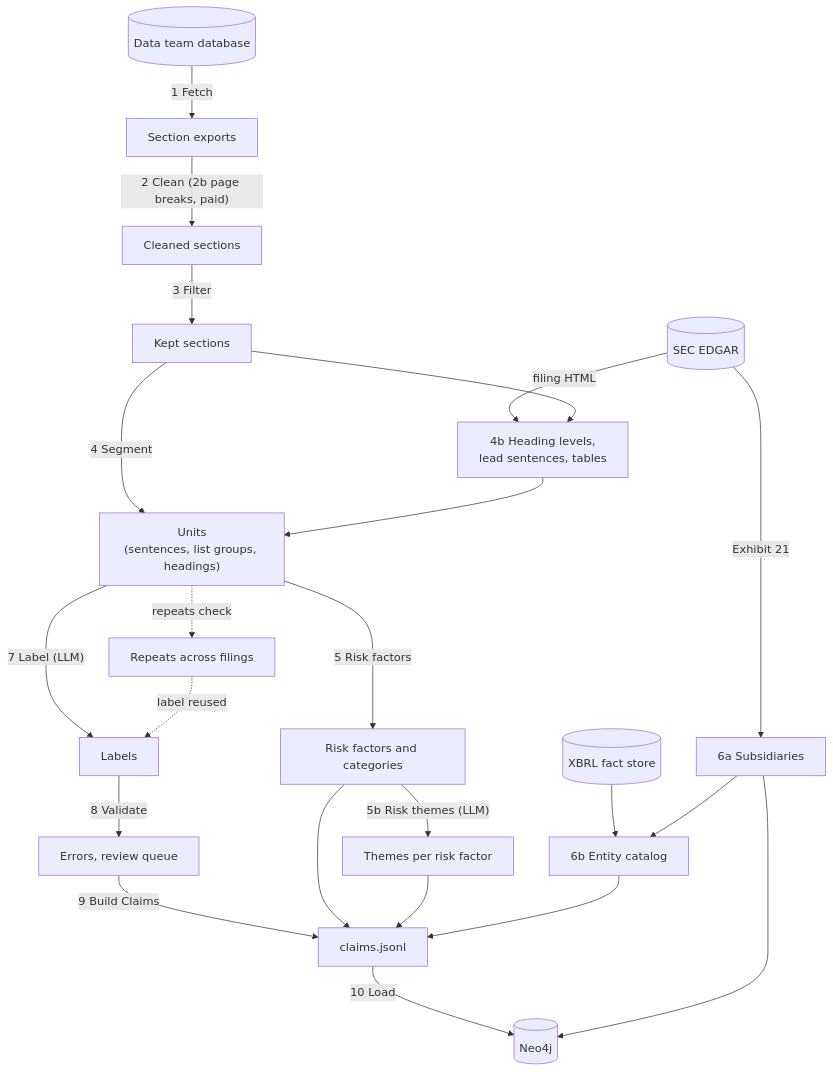
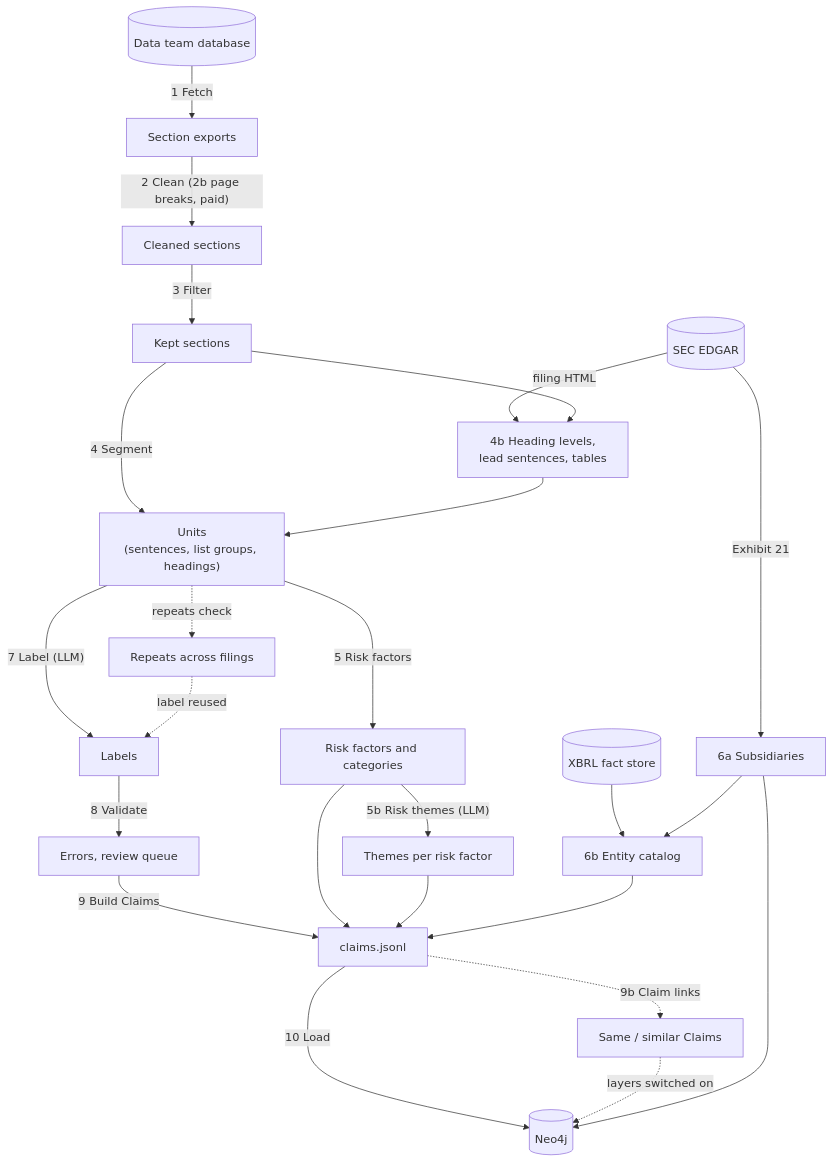
Before and after one commit to ZiyiClaudiaWang/KPMG-GraphRAG: the second of 7 diagrams in extraction_pipeline/README.md, drawn with Mermaid. The commit also changed other lines of this file, not shown here.

Commit message:
README: graph diagram (nodes, edges, properties) at the top; step 9b

````diff
--- a/extraction_pipeline/README.md
+++ b/extraction_pipeline/README.md
@@ -46,25 +74,27 @@
 ```mermaid
 flowchart TD
     DB[("Data team database")] -->|"1 Fetch"| SEC["Section exports"]
     SEC -->|"2 Clean (2b page breaks, paid)"| CLN["Cleaned sections"]
     CLN -->|"3 Filter"| KEPT["Kept sections"]
     EDGAR[("SEC EDGAR")] -->|"filing HTML"| HL["4b Heading levels,<br/>lead sentences, tables"]
     KEPT --> HL
     KEPT -->|"4 Segment"| UNITS["Units<br/>(sentences, list groups, headings)"]
     HL --> UNITS
     UNITS -->|"5 Risk factors"| RF["Risk factors and categories"]
     RF -->|"5b Risk themes (LLM)"| RT["Themes per risk factor"]
     EDGAR -->|"Exhibit 21"| SUB["6a Subsidiaries"]
     FACTS[("XBRL fact store")] --> CAT["6b Entity catalog"]
     SUB --> CAT
     UNITS -.->|"repeats check"| REP["Repeats across filings"]
     UNITS -->|"7 Label (LLM)"| LAB["Labels"]
     REP -.->|"label reused"| LAB
     LAB -->|"8 Validate"| VAL["Errors, review queue"]
     VAL -->|"9 Build Claims"| CLM["claims.jsonl"]
     RF --> CLM
     RT --> CLM
     CAT --> CLM
+    CLM -.->|"9b Claim links"| LNK["Same / similar Claims"]
     CLM -->|"10 Load"| NEO[("Neo4j")]
+    LNK -.->|"layers switched on"| NEO
     SUB --> NEO
 ```
````
